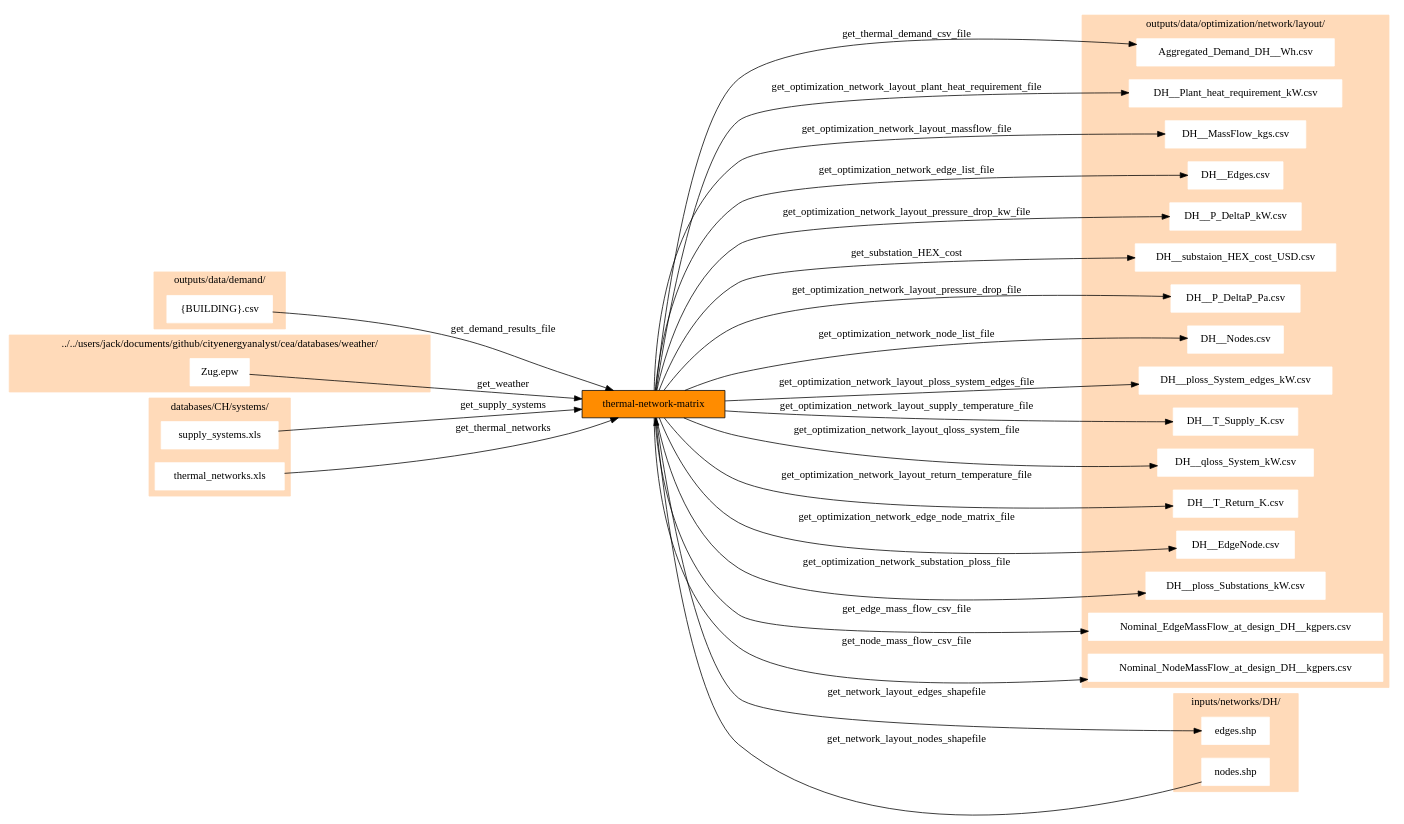
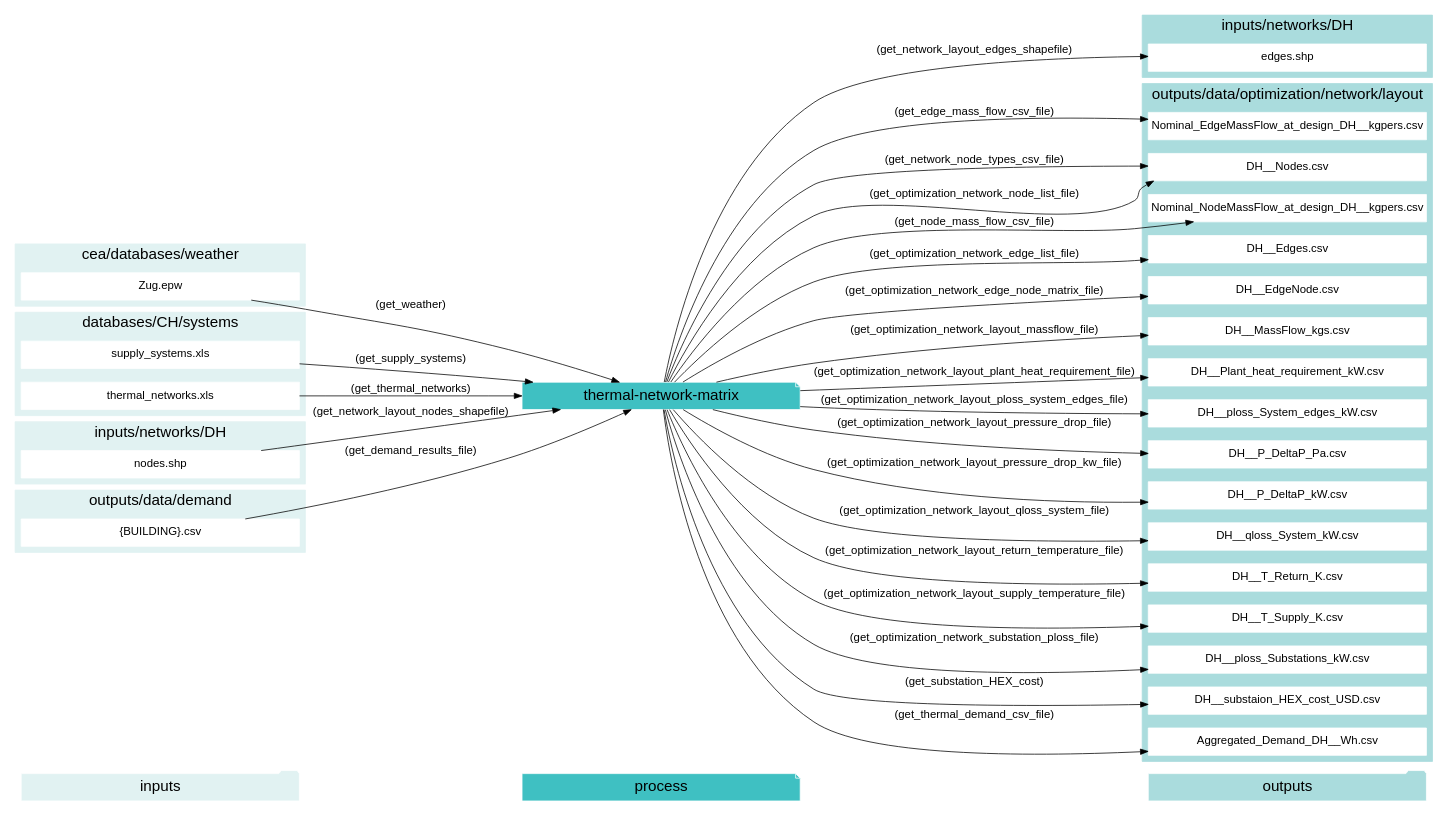
Before and after one commit to architecture-building-systems/CityEnergyAnalyst: the diagram in docs/script_dependencies/thermal-network-matrix.gv, drawn with Graphviz. The commit also changed 20 other files, not shown here.

```diff
--- a/docs/script_dependencies/thermal-network-matrix.gv
+++ b/docs/script_dependencies/thermal-network-matrix.gv
@@ -1,84 +1,105 @@
 digraph trace_inputlocator {
     rankdir="LR";
-    node [shape=box];
-    graph [overlap = false];
-    "thermal-network-matrix"[style=filled, fillcolor=darkorange];
-    "thermal-network-matrix" -> "Aggregated_Demand_DH__Wh.csv"[label="get_thermal_demand_csv_file"]
-    "thermal-network-matrix" -> "DH__Plant_heat_requirement_kW.csv"[label="get_optimization_network_layout_plant_heat_requirement_file"]
-    "thermal-network-matrix" -> "DH__MassFlow_kgs.csv"[label="get_optimization_network_layout_massflow_file"]
-    "thermal-network-matrix" -> "DH__Edges.csv"[label="get_optimization_network_edge_list_file"]
-    "thermal-network-matrix" -> "DH__P_DeltaP_kW.csv"[label="get_optimization_network_layout_pressure_drop_kw_file"]
-    "thermal-network-matrix" -> "DH__substaion_HEX_cost_USD.csv"[label="get_substation_HEX_cost"]
-    "thermal-network-matrix" -> "DH__P_DeltaP_Pa.csv"[label="get_optimization_network_layout_pressure_drop_file"]
-    "thermal-network-matrix" -> "DH__Nodes.csv"[label="get_optimization_network_node_list_file"]
-    "thermal-network-matrix" -> "DH__ploss_System_edges_kW.csv"[label="get_optimization_network_layout_ploss_system_edges_file"]
-    "thermal-network-matrix" -> "DH__T_Supply_K.csv"[label="get_optimization_network_layout_supply_temperature_file"]
-    "thermal-network-matrix" -> "DH__qloss_System_kW.csv"[label="get_optimization_network_layout_qloss_system_file"]
-    "thermal-network-matrix" -> "DH__T_Return_K.csv"[label="get_optimization_network_layout_return_temperature_file"]
-    "thermal-network-matrix" -> "DH__EdgeNode.csv"[label="get_optimization_network_edge_node_matrix_file"]
-    "thermal-network-matrix" -> "DH__ploss_Substations_kW.csv"[label="get_optimization_network_substation_ploss_file"]
-    "thermal-network-matrix" -> "Nominal_EdgeMassFlow_at_design_DH__kgpers.csv"[label="get_edge_mass_flow_csv_file"]
-    "thermal-network-matrix" -> "Nominal_NodeMassFlow_at_design_DH__kgpers.csv"[label="get_node_mass_flow_csv_file"]
-
-    "{BUILDING}.csv" -> "thermal-network-matrix"[label="get_demand_results_file"]
-
-    "thermal-network-matrix" -> "edges.shp"[label="get_network_layout_edges_shapefile"]
-    "nodes.shp" -> "thermal-network-matrix"[label="get_network_layout_nodes_shapefile"]
-
-    "Zug.epw" -> "thermal-network-matrix"[label="get_weather"]
-
-    "supply_systems.xls" -> "thermal-network-matrix"[label="get_supply_systems"]
-    "thermal_networks.xls" -> "thermal-network-matrix"[label="get_thermal_networks"]
-
-    subgraph cluster_0 {
+    graph [overlap=false, fontname=arial];
+    node [shape=box, style=filled, color=white, fontsize=15, fontname=arial, fixedsize=true, width=5.085];
+    edge [fontname=arial, fontsize = 15]
+    newrank=true
+    subgraph cluster_legend {
+    fontsize=25
+    style=invis
+    "process"[style=filled, fillcolor="#3FC0C2", shape=note, fontsize=20, fontname="arial"]
+    "inputs" [style=filled, shape=folder, color=white, fillcolor="#E1F2F2", fontsize=20]
+    "outputs"[style=filled, shape=folder, color=white, fillcolor="#aadcdd", fontsize=20]
+    "inputs"->"process"[style=invis]
+    "process"->"outputs"[style=invis]
+    }
+    "thermal-network-matrix"[style=filled, color=white, fillcolor="#3FC0C2", shape=note, fontsize=20, fontname=arial];
+    subgraph cluster_0_in {
         style = filled;
-        color = peachpuff;
-	label="outputs/data/optimization/network/layout/"
-	"Aggregated_Demand_DH__Wh.csv"[style=filled, color=white]
-	"DH__Plant_heat_requirement_kW.csv"[style=filled, color=white]
-	"DH__MassFlow_kgs.csv"[style=filled, color=white]
-	"DH__Edges.csv"[style=filled, color=white]
-	"DH__EdgeNode.csv"[style=filled, color=white]
-	"DH__P_DeltaP_kW.csv"[style=filled, color=white]
-	"DH__substaion_HEX_cost_USD.csv"[style=filled, color=white]
-	"DH__P_DeltaP_Pa.csv"[style=filled, color=white]
-	"DH__Nodes.csv"[style=filled, color=white]
-	"DH__ploss_System_edges_kW.csv"[style=filled, color=white]
-	"DH__T_Supply_K.csv"[style=filled, color=white]
-	"DH__qloss_System_kW.csv"[style=filled, color=white]
-	"DH__T_Return_K.csv"[style=filled, color=white]
-	"DH__ploss_Substations_kW.csv"[style=filled, color=white]
-	"Nominal_EdgeMassFlow_at_design_DH__kgpers.csv"[style=filled, color=white]
-	"Nominal_NodeMassFlow_at_design_DH__kgpers.csv"[style=filled, color=white]
-	}
-
-    subgraph cluster_1 {
+        color = "#E1F2F2";
+        fontsize = 20;
+        rank=same;
+        label="cea/databases/weather";
+        "Zug.epw"
+    }
+    subgraph cluster_1_in {
         style = filled;
-        color = peachpuff;
-	label="outputs/data/demand/"
-	"{BUILDING}.csv"[style=filled, color=white]
-	}
-
-    subgraph cluster_2 {
+        color = "#E1F2F2";
+        fontsize = 20;
+        rank=same;
+        label="databases/CH/systems";
+        "supply_systems.xls"
+        "thermal_networks.xls"
+    }
+    subgraph cluster_2_in {
         style = filled;
-        color = peachpuff;
-	label="inputs/networks/DH/"
-	"edges.shp"[style=filled, color=white]
-	"nodes.shp"[style=filled, color=white]
-	}
-
-    subgraph cluster_3 {
+        color = "#E1F2F2";
+        fontsize = 20;
+        rank=same;
+        label="inputs/networks/DH";
+        "nodes.shp"
+    }
+    subgraph cluster_2_out {
         style = filled;
-        color = peachpuff;
-	label="../../users/jack/documents/github/cityenergyanalyst/cea/databases/weather/"
-	"Zug.epw"[style=filled, color=white]
-	}
-
-    subgraph cluster_4 {
+        color = "#aadcdd";
+        fontsize = 20;
+        rank=same;
+        label="inputs/networks/DH";
+        "edges.shp"
+    }
+    subgraph cluster_3_in {
         style = filled;
-        color = peachpuff;
-	label="databases/CH/systems/"
-	"supply_systems.xls"[style=filled, color=white]
-	"thermal_networks.xls"[style=filled, color=white]
-	}
-	}
+        color = "#E1F2F2";
+        fontsize = 20;
+        rank=same;
+        label="outputs/data/demand";
+        "{BUILDING}.csv"
+    }
+    subgraph cluster_4_out {
+        style = filled;
+        color = "#aadcdd";
+        fontsize = 20;
+        rank=same;
+        label="outputs/data/optimization/network/layout";
+        "Nominal_EdgeMassFlow_at_design_DH__kgpers.csv"
+        "DH__Nodes.csv"
+        "Nominal_NodeMassFlow_at_design_DH__kgpers.csv"
+        "DH__Edges.csv"
+        "DH__EdgeNode.csv"
+        "DH__MassFlow_kgs.csv"
+        "DH__Plant_heat_requirement_kW.csv"
+        "DH__ploss_System_edges_kW.csv"
+        "DH__P_DeltaP_Pa.csv"
+        "DH__P_DeltaP_kW.csv"
+        "DH__qloss_System_kW.csv"
+        "DH__T_Return_K.csv"
+        "DH__T_Supply_K.csv"
+        "DH__Nodes.csv"
+        "DH__ploss_Substations_kW.csv"
+        "DH__substaion_HEX_cost_USD.csv"
+        "Aggregated_Demand_DH__Wh.csv"
+    }
+    "{BUILDING}.csv" -> "thermal-network-matrix"[label="(get_demand_results_file)"]
+    "nodes.shp" -> "thermal-network-matrix"[label="(get_network_layout_nodes_shapefile)"]
+    "supply_systems.xls" -> "thermal-network-matrix"[label="(get_supply_systems)"]
+    "thermal_networks.xls" -> "thermal-network-matrix"[label="(get_thermal_networks)"]
+    "Zug.epw" -> "thermal-network-matrix"[label="(get_weather)"]
+    "thermal-network-matrix" -> "Nominal_EdgeMassFlow_at_design_DH__kgpers.csv"[label="(get_edge_mass_flow_csv_file)"]
+    "thermal-network-matrix" -> "edges.shp"[label="(get_network_layout_edges_shapefile)"]
+    "thermal-network-matrix" -> "DH__Nodes.csv"[label="(get_network_node_types_csv_file)"]
+    "thermal-network-matrix" -> "Nominal_NodeMassFlow_at_design_DH__kgpers.csv"[label="(get_node_mass_flow_csv_file)"]
+    "thermal-network-matrix" -> "DH__Edges.csv"[label="(get_optimization_network_edge_list_file)"]
+    "thermal-network-matrix" -> "DH__EdgeNode.csv"[label="(get_optimization_network_edge_node_matrix_file)"]
+    "thermal-network-matrix" -> "DH__MassFlow_kgs.csv"[label="(get_optimization_network_layout_massflow_file)"]
+    "thermal-network-matrix" -> "DH__Plant_heat_requirement_kW.csv"[label="(get_optimization_network_layout_plant_heat_requirement_file)"]
+    "thermal-network-matrix" -> "DH__ploss_System_edges_kW.csv"[label="(get_optimization_network_layout_ploss_system_edges_file)"]
+    "thermal-network-matrix" -> "DH__P_DeltaP_Pa.csv"[label="(get_optimization_network_layout_pressure_drop_file)"]
+    "thermal-network-matrix" -> "DH__P_DeltaP_kW.csv"[label="(get_optimization_network_layout_pressure_drop_kw_file)"]
+    "thermal-network-matrix" -> "DH__qloss_System_kW.csv"[label="(get_optimization_network_layout_qloss_system_file)"]
+    "thermal-network-matrix" -> "DH__T_Return_K.csv"[label="(get_optimization_network_layout_return_temperature_file)"]
+    "thermal-network-matrix" -> "DH__T_Supply_K.csv"[label="(get_optimization_network_layout_supply_temperature_file)"]
+    "thermal-network-matrix" -> "DH__Nodes.csv"[label="(get_optimization_network_node_list_file)"]
+    "thermal-network-matrix" -> "DH__ploss_Substations_kW.csv"[label="(get_optimization_network_substation_ploss_file)"]
+    "thermal-network-matrix" -> "DH__substaion_HEX_cost_USD.csv"[label="(get_substation_HEX_cost)"]
+    "thermal-network-matrix" -> "Aggregated_Demand_DH__Wh.csv"[label="(get_thermal_demand_csv_file)"]
+}
```
